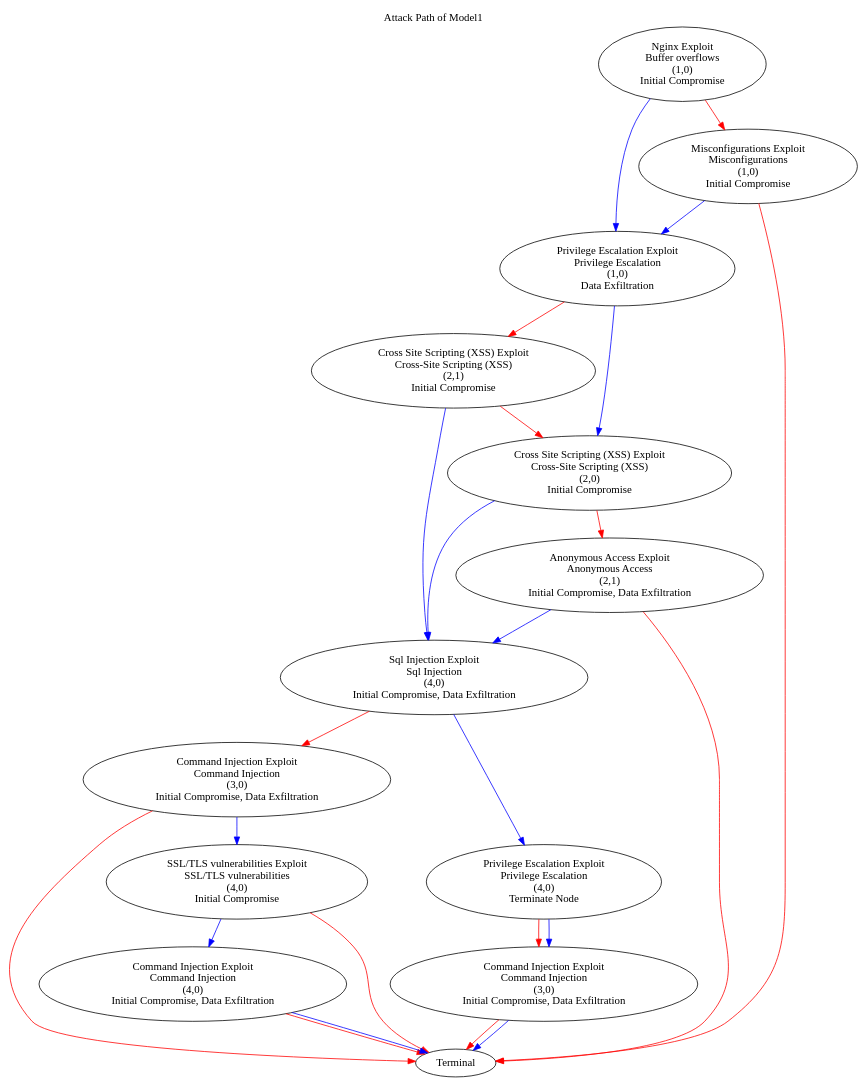
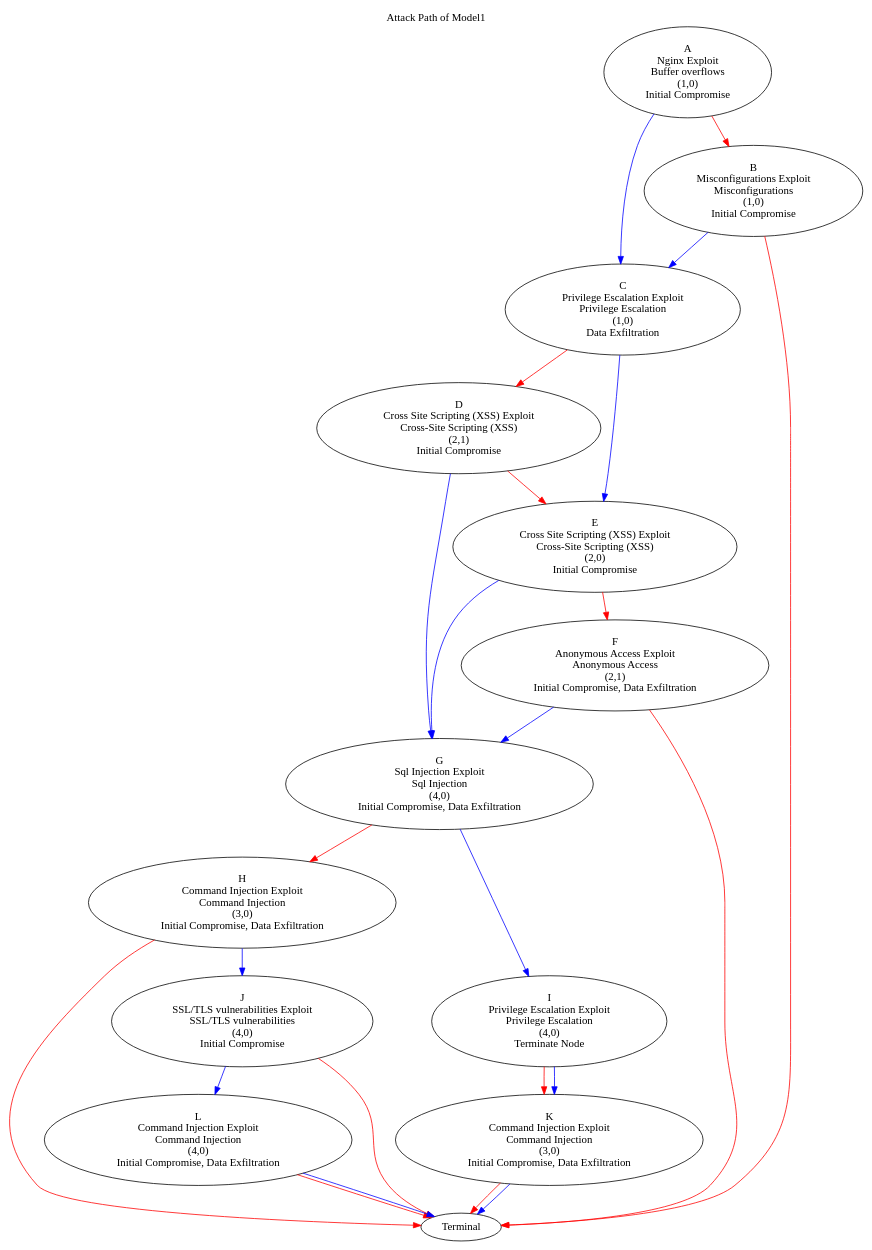
The diagram in BPMN-Network-Model/Model1/AttackPath.gv (riasati/EvaluatingCSA), drawn with Graphviz before and after one commit. The commit also changed 9 other files, not shown here.

```diff
--- a/BPMN-Network-Model/Model1/AttackPath.gv
+++ b/BPMN-Network-Model/Model1/AttackPath.gv
@@ -1,60 +1,60 @@
 digraph AttackPathModel {
 
     #layout=dot
     label = "Attack Path of Model1";
     labelloc = "t"; // place the label at the top
     #node [shape=record];
 
-	A [label = "Nginx Exploit\nBuffer overflows\n(1,0)\nInitial Compromise"]
-    B [label = "Misconfigurations Exploit\nMisconfigurations\n(1,0)\nInitial Compromise"]
-    C [label = "Privilege Escalation Exploit\nPrivilege Escalation\n(1,0)\nData Exfiltration"]
-    D [label = "Cross Site Scripting (XSS) Exploit\nCross-Site Scripting (XSS)\n(2,1)\nInitial Compromise"]
-    E [label = "Cross Site Scripting (XSS) Exploit\nCross-Site Scripting (XSS)\n(2,0)\nInitial Compromise"]
-    F [label = "Anonymous Access Exploit\nAnonymous Access\n(2,1)\nInitial Compromise, Data Exfiltration"]
-    G [label = "Sql Injection Exploit\nSql Injection\n(4,0)\nInitial Compromise, Data Exfiltration"]
-    H [label = "Command Injection Exploit\nCommand Injection \n(3,0)\nInitial Compromise, Data Exfiltration"]
-    I [label = "Privilege Escalation Exploit\nPrivilege Escalation\n(4,0)\nTerminate Node"]
-    J [label = "SSL/TLS vulnerabilities Exploit\nSSL/TLS vulnerabilities\n(4,0)\nInitial Compromise"]
-    K [label = "Command Injection Exploit\nCommand Injection\n(3,0)\nInitial Compromise, Data Exfiltration"]
-    L [label = "Command Injection Exploit\nCommand Injection\n(4,0)\nInitial Compromise, Data Exfiltration"]
+	A [label = "A\nNginx Exploit\nBuffer overflows\n(1,0)\nInitial Compromise"]
+    B [label = "B\nMisconfigurations Exploit\nMisconfigurations\n(1,0)\nInitial Compromise"]
+    C [label = "C\nPrivilege Escalation Exploit\nPrivilege Escalation\n(1,0)\nData Exfiltration"]
+    D [label = "D\nCross Site Scripting (XSS) Exploit\nCross-Site Scripting (XSS)\n(2,1)\nInitial Compromise"]
+    E [label = "E\nCross Site Scripting (XSS) Exploit\nCross-Site Scripting (XSS)\n(2,0)\nInitial Compromise"]
+    F [label = "F\nAnonymous Access Exploit\nAnonymous Access\n(2,1)\nInitial Compromise, Data Exfiltration"]
+    G [label = "G\nSql Injection Exploit\nSql Injection\n(4,0)\nInitial Compromise, Data Exfiltration"]
+    H [label = "H\nCommand Injection Exploit\nCommand Injection \n(3,0)\nInitial Compromise, Data Exfiltration"]
+    I [label = "I\nPrivilege Escalation Exploit\nPrivilege Escalation\n(4,0)\nTerminate Node"]
+    J [label = "J\nSSL/TLS vulnerabilities Exploit\nSSL/TLS vulnerabilities\n(4,0)\nInitial Compromise"]
+    K [label = "K\nCommand Injection Exploit\nCommand Injection\n(3,0)\nInitial Compromise, Data Exfiltration"]
+    L [label = "L\nCommand Injection Exploit\nCommand Injection\n(4,0)\nInitial Compromise, Data Exfiltration"]
 
 
     T [label = "Terminal"]
     
 	A -> B [color=red]
     A -> C [color=blue]
 
     B -> T [color=red]
     B -> C [color=blue]
 
     C -> D [color=red]
     C -> E [color=blue]
 
     D -> E [color=red]
     D -> G [color=blue]
 
     E -> F [color=red]
     E -> G [color=blue]
 
     F -> T [color=red]
     F -> G [color=blue]
 
     G -> H [color=red]
     G -> I [color=blue]
 
     H -> T [color=red]
     H -> J [color=blue]
 
     I -> K [color=red]
     I -> K [color=blue]
 
     J -> T [color=red]
     J -> L [color=blue]
 
     K -> T [color=red]
     K -> T [color=blue]
 
     L -> T [color=red]
     L -> T [color=blue]
 
 }
```
